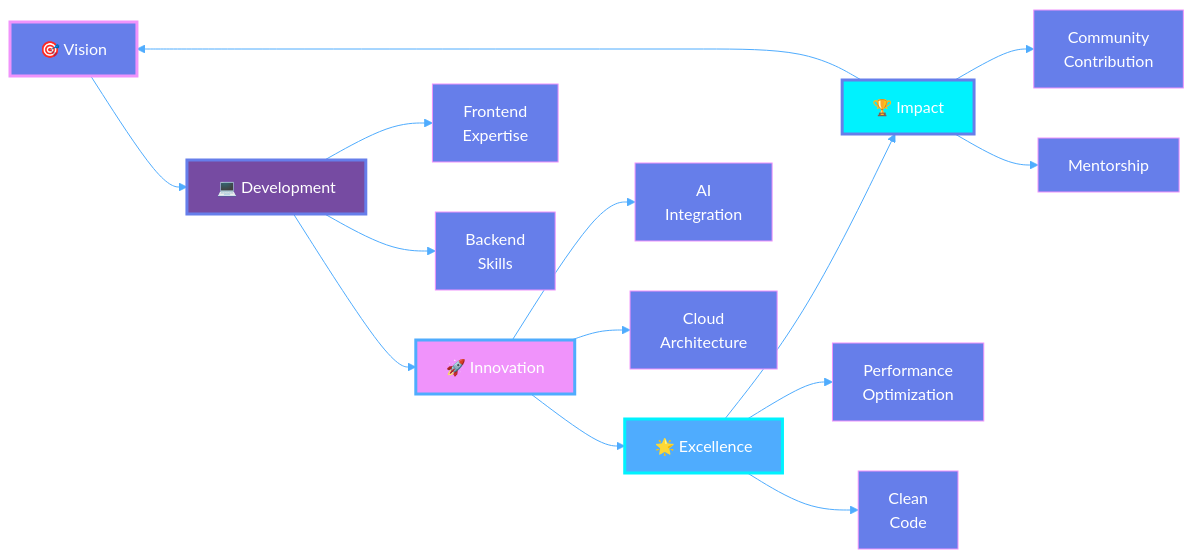
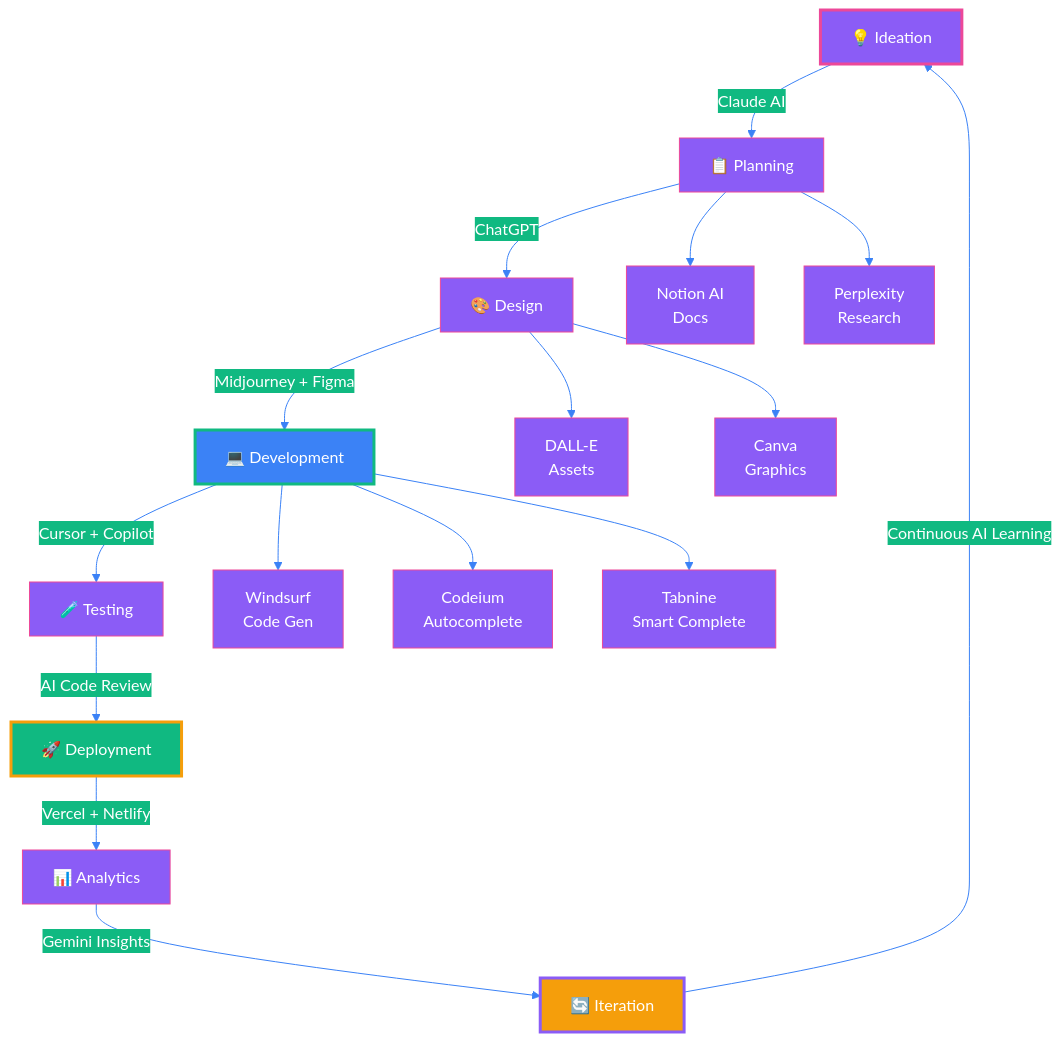
Before and after one commit to Harshad-Jethva/Harshad-Jethva: the diagram in README.md, drawn with Mermaid. The commit also changed other lines of this file, not shown here.

````diff
--- a/README.md
+++ b/README.md
@@ -392,24 +325,27 @@
 ```mermaid
-%%{init: {'theme':'base', 'themeVariables': { 'primaryColor':'#667eea','primaryTextColor':'#fff','primaryBorderColor':'#f093fb','lineColor':'#4facfe','secondaryColor':'#764ba2','tertiaryColor':'#00f2fe'}}}%%
-graph LR
-    A[🎯 Vision] --> B[💻 Development]
-    B --> C[🚀 Innovation]
-    C --> D[🌟 Excellence]
-    D --> E[🏆 Impact]
-    E --> A
+%%{init: {'theme':'base', 'themeVariables': { 'primaryColor':'#8B5CF6','primaryTextColor':'#fff','primaryBorderColor':'#EC4899','lineColor':'#3B82F6','secondaryColor':'#10B981','tertiaryColor':'#F59E0B'}}}%%
+graph TB
+    A[💡 Ideation] -->|Claude AI| B[📋 Planning]
+    B -->|ChatGPT| C[🎨 Design]
+    C -->|Midjourney + Figma| D[💻 Development]
+    D -->|Cursor + Copilot| E[🧪 Testing]
+    E -->|AI Code Review| F[🚀 Deployment]
+    F -->|Vercel + Netlify| G[📊 Analytics]
+    G -->|Gemini Insights| H[🔄 Iteration]
+    H -->|Continuous AI Learning| A
     
-    B --> F[Frontend<br/>Expertise]
-    B --> G[Backend<br/>Skills]
-    C --> H[AI<br/>Integration]
-    C --> I[Cloud<br/>Architecture]
-    D --> J[Performance<br/>Optimization]
-    D --> K[Clean<br/>Code]
-    E --> L[Community<br/>Contribution]
-    E --> M[Mentorship]
+    D --> I[Windsurf<br/>Code Gen]
+    D --> J[Codeium<br/>Autocomplete]
+    D --> K[Tabnine<br/>Smart Complete]
     
-    style A fill:#667eea,stroke:#f093fb,stroke-width:3px,color:#fff
-    style B fill:#764ba2,stroke:#667eea,stroke-width:3px,color:#fff
-    style C fill:#f093fb,stroke:#4facfe,stroke-width:3px,color:#fff
-    style D fill:#4facfe,stroke:#00f2fe,stroke-width:3px,color:#fff
-    style E fill:#00f2fe,stroke:#667eea,stroke-width:3px,color:#fff
+    C --> L[DALL-E<br/>Assets]
+    C --> M[Canva<br/>Graphics]
+    
+    B --> N[Notion AI<br/>Docs]
+    B --> O[Perplexity<br/>Research]
+    
+    style A fill:#8B5CF6,stroke:#EC4899,stroke-width:3px,color:#fff
+    style D fill:#3B82F6,stroke:#10B981,stroke-width:3px,color:#fff
+    style F fill:#10B981,stroke:#F59E0B,stroke-width:3px,color:#fff
+    style H fill:#F59E0B,stroke:#8B5CF6,stroke-width:3px,color:#fff
 ```
````
